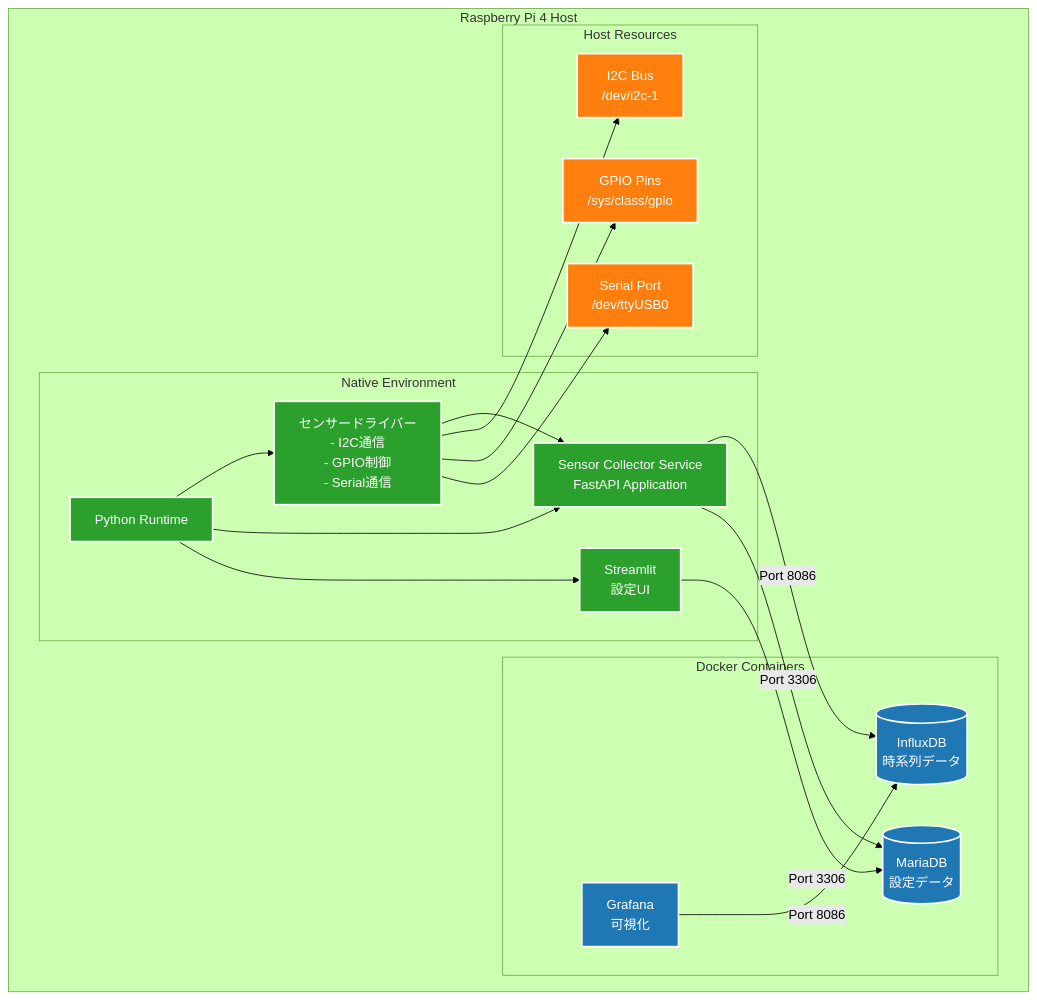
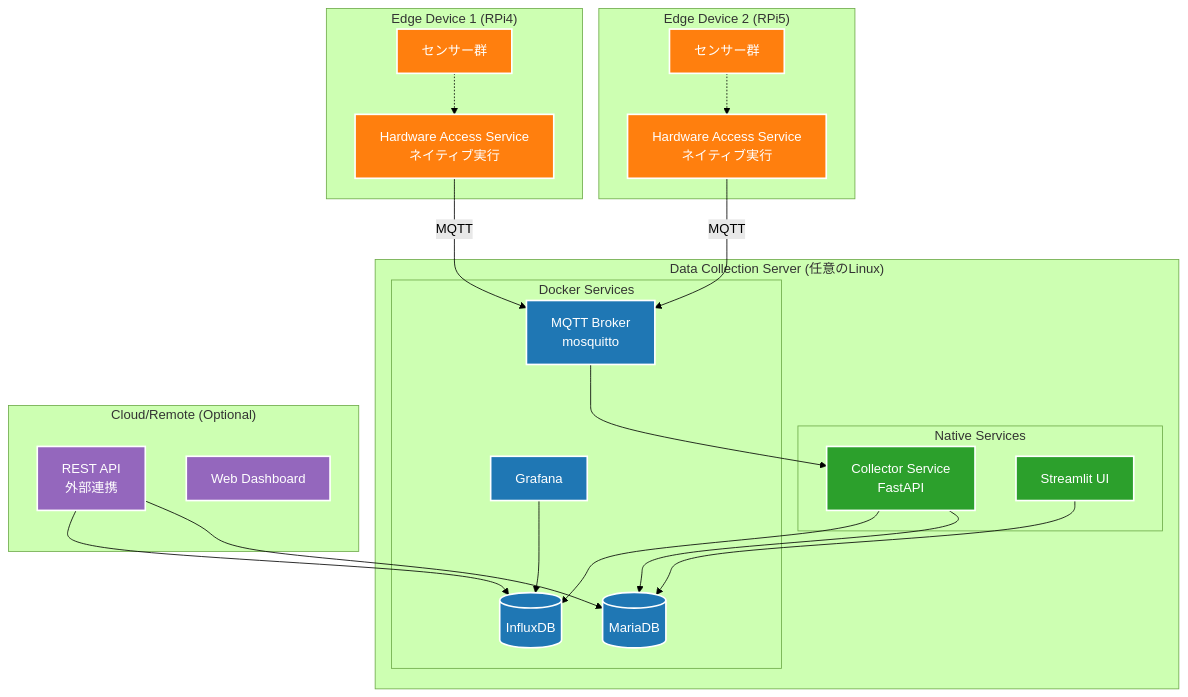
The second of 4 diagrams in docs/architecture/sensor-collection-architecture.md (w-pinkietech/iot4-copy), drawn with Mermaid (forest theme) before and after one commit. The commit also changed other lines of this file, not shown here.

First line of the commit message:
docs: Transform to distributed IoT architecture design

````diff
--- a/docs/architecture/sensor-collection-architecture.md
+++ b/docs/architecture/sensor-collection-architecture.md
@@ -224,49 +282,61 @@
 ```mermaid
 graph TB
-    subgraph "Raspberry Pi 4 Host"
-        subgraph "Native Environment"
-            Python[Python Runtime]
-            SensorDrivers[センサードライバー<br/>- I2C通信<br/>- GPIO制御<br/>- Serial通信]
-            CollectorService[Sensor Collector Service<br/>FastAPI Application]
-            StreamlitApp[Streamlit<br/>設定UI]
+    subgraph "Edge Device 1 (RPi4)"
+        EdgeService1[Hardware Access Service<br/>ネイティブ実行]
+        EdgeHW1[センサー群]
+    end
+    
+    subgraph "Edge Device 2 (RPi5)"
+        EdgeService2[Hardware Access Service<br/>ネイティブ実行]
+        EdgeHW2[センサー群]
+    end
+    
+    subgraph "Data Collection Server (任意のLinux)"
+        subgraph "Native Services"
+            CollectorApp[Collector Service<br/>FastAPI]
+            StreamlitApp[Streamlit UI]
         end
         
-        subgraph "Docker Containers"
-            MariaDBContainer[(MariaDB<br/>設定データ)]
-            InfluxDBContainer[(InfluxDB<br/>時系列データ)]
-            GrafanaContainer[Grafana<br/>可視化]
-        end
-        
-        subgraph "Host Resources"
-            I2CBus[I2C Bus<br/>/dev/i2c-1]
-            GPIOPins[GPIO Pins<br/>/sys/class/gpio]
-            SerialPort[Serial Port<br/>/dev/ttyUSB0]
+        subgraph "Docker Services"
+            MQTT[MQTT Broker<br/>mosquitto]
+            InfluxDB[(InfluxDB)]
+            MariaDB[(MariaDB)]
+            Grafana[Grafana]
         end
     end
     
-    %% Native environment connections
-    Python --> SensorDrivers
-    SensorDrivers --> CollectorService
-    Python --> CollectorService
-    Python --> StreamlitApp
+    subgraph "Cloud/Remote (Optional)"
+        CloudAPI[REST API<br/>外部連携]
+        CloudUI[Web Dashboard]
+    end
     
-    %% Hardware access
-    SensorDrivers --> I2CBus
-    SensorDrivers --> GPIOPins
-    SensorDrivers --> SerialPort
+    %% Edge to Collection
+    EdgeService1 -->|MQTT| MQTT
+    EdgeService2 -->|MQTT| MQTT
     
-    %% Container connections
-    CollectorService -->|Port 8086| InfluxDBContainer
-    CollectorService -->|Port 3306| MariaDBContainer
-    StreamlitApp -->|Port 3306| MariaDBContainer
-    GrafanaContainer -->|Port 8086| InfluxDBContainer
+    %% Collection layer
+    MQTT --> CollectorApp
+    CollectorApp --> InfluxDB
+    CollectorApp --> MariaDB
+    StreamlitApp --> MariaDB
+    Grafana --> InfluxDB
+    
+    %% Cloud integration
+    CloudAPI --> InfluxDB
+    CloudAPI --> MariaDB
+    
+    %% Hardware connections
+    EdgeHW1 -.-> EdgeService1
+    EdgeHW2 -.-> EdgeService2
     
     %% Styling
-    classDef native fill:#2ca02c,stroke:#fff,stroke-width:2px,color:#fff
+    classDef edge fill:#ff7f0e,stroke:#fff,stroke-width:2px,color:#fff
+    classDef collection fill:#2ca02c,stroke:#fff,stroke-width:2px,color:#fff
     classDef container fill:#1f77b4,stroke:#fff,stroke-width:2px,color:#fff
-    classDef hardware fill:#ff7f0e,stroke:#fff,stroke-width:2px,color:#fff
+    classDef cloud fill:#9467bd,stroke:#fff,stroke-width:2px,color:#fff
     
-    class Python,SensorDrivers,CollectorService,StreamlitApp native
-    class MariaDBContainer,InfluxDBContainer,GrafanaContainer container
-    class I2CBus,GPIOPins,SerialPort hardware
+    class EdgeService1,EdgeService2,EdgeHW1,EdgeHW2 edge
+    class CollectorApp,StreamlitApp collection
+    class MQTT,InfluxDB,MariaDB,Grafana container
+    class CloudAPI,CloudUI cloud
 ```
````
